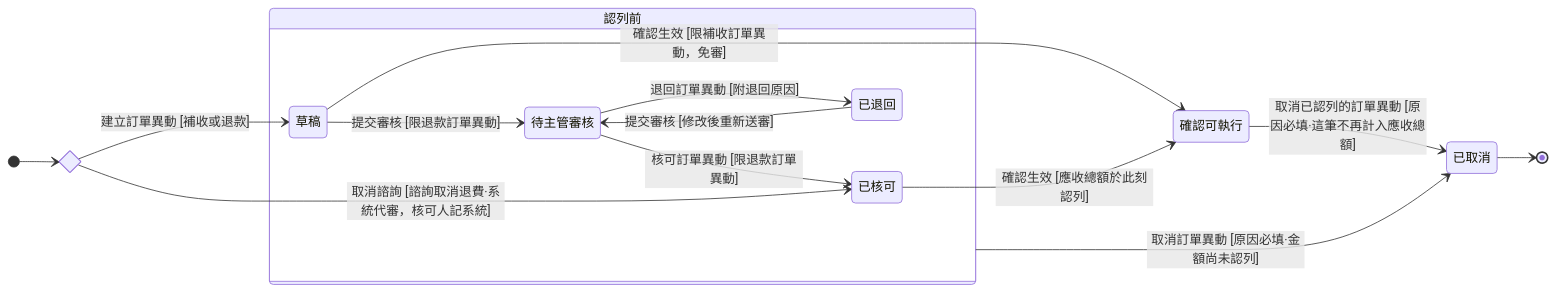
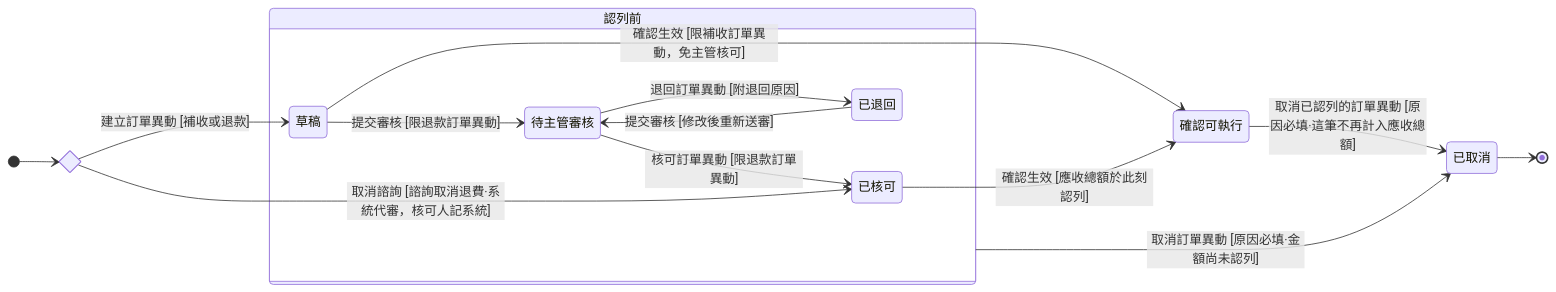
One commit to Kawato-Miles/erp-spec changed the diagram in memory/Sens_wiki/wiki/erp/06-state-machines/訂單異動狀態.md. Above: the diagram before and after it, drawn with Mermaid. The commit also changed other lines of this file and 109 other files, not shown here.

````diff
--- a/memory/Sens_wiki/wiki/erp/06-state-machines/訂單異動狀態.md
+++ b/memory/Sens_wiki/wiki/erp/06-state-machines/訂單異動狀態.md
@@ -40,33 +43,33 @@
 ```mermaid
 stateDiagram-v2
     direction LR
 
     state c_create <<choice>>
     [*] --> c_create
 
     state "認列前" as g_pre {
         state "草稿" as s_draft
         state "待主管審核" as s_pending
         state "已核可" as s_approved
         state "已退回" as s_returned
 
         s_draft --> s_pending : 提交審核 [限退款訂單異動]
         s_pending --> s_approved : 核可訂單異動 [限退款訂單異動]
         s_pending --> s_returned : 退回訂單異動 [附退回原因]
         s_returned --> s_pending : 提交審核 [修改後重新送審]
     }
 
     state "確認可執行" as s_executed
     state "已取消" as s_cancelled
 
     c_create --> s_draft : 建立訂單異動 [補收或退款]
     c_create --> s_approved : 取消諮詢 [諮詢取消退費·系統代審，核可人記系統]
 
-    s_draft --> s_executed : 確認生效 [限補收訂單異動，免審]
+    s_draft --> s_executed : 確認生效 [限補收訂單異動，免主管核可]
     s_approved --> s_executed : 確認生效 [應收總額於此刻認列]
 
     g_pre --> s_cancelled : 取消訂單異動 [原因必填·金額尚未認列]
     s_executed --> s_cancelled : 取消已認列的訂單異動 [原因必填·這筆不再計入應收總額]
 
     s_cancelled --> [*]
 ```
````
